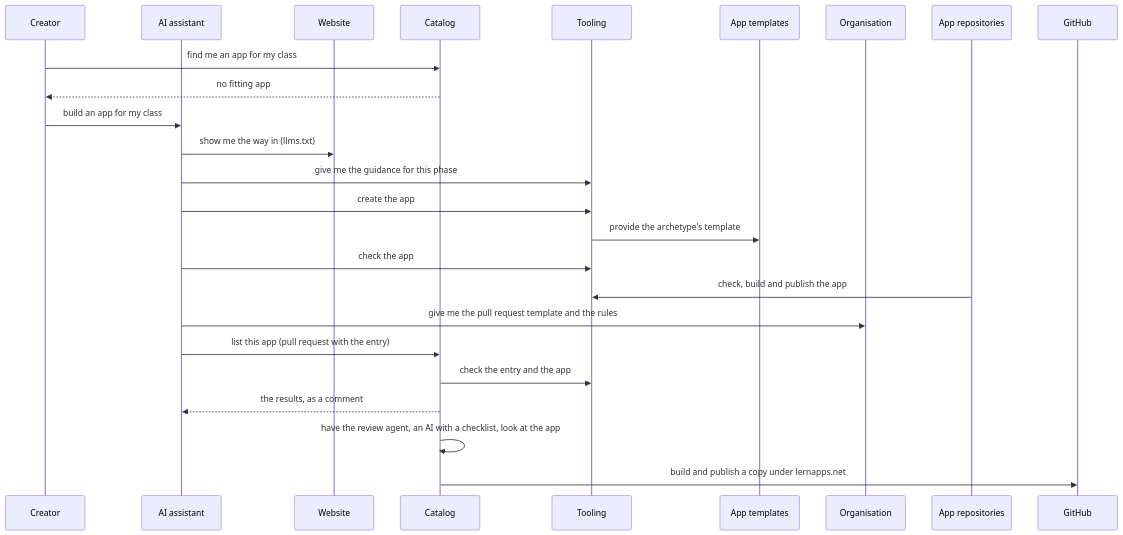
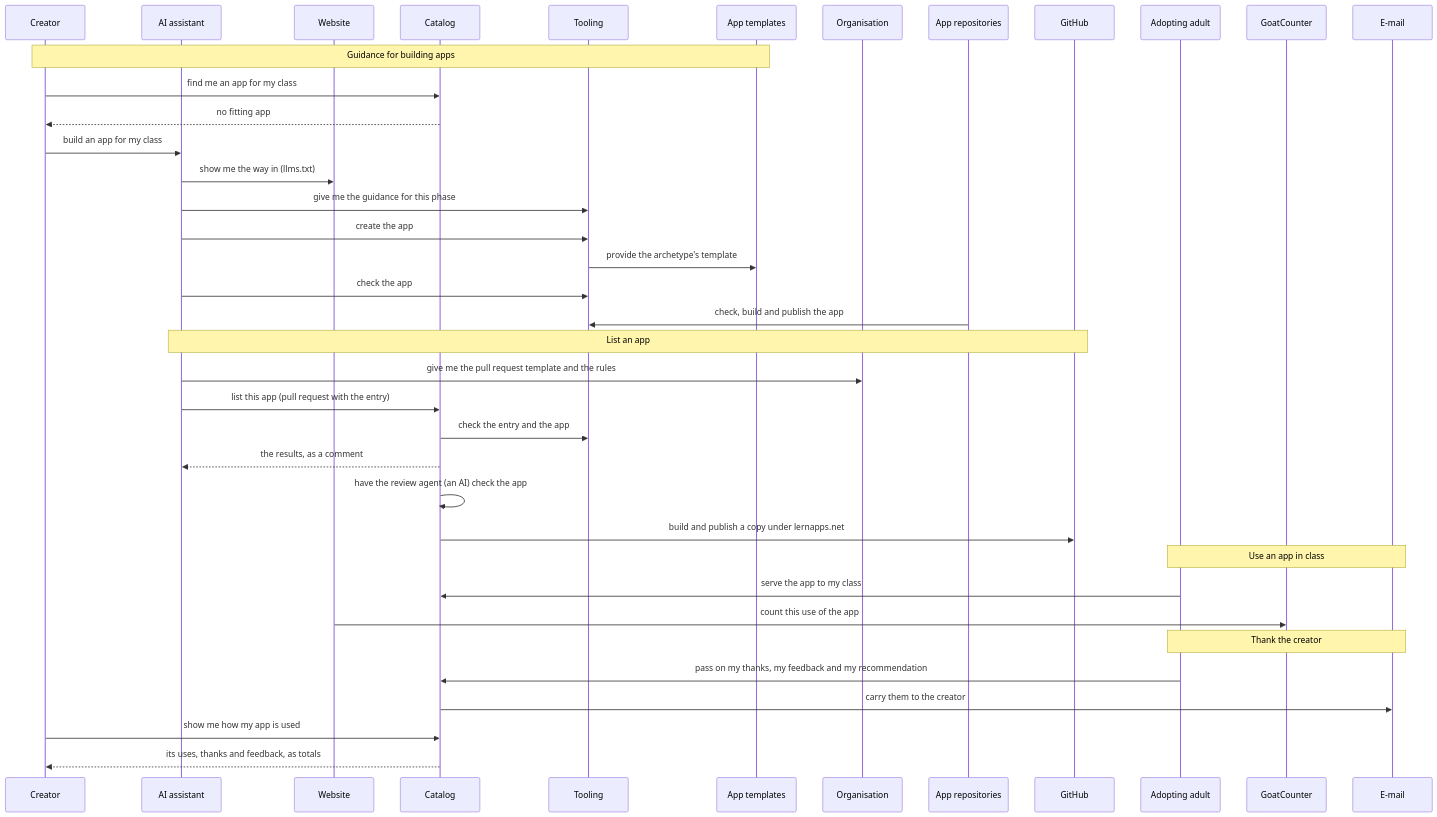
The third of 6 diagrams in docs/arc42/06-runtime-view.arc42.md (lernapps/docs), drawn with Mermaid before and after one commit. The commit also changed other lines of this file and 2 other files, not shown here.

First line of the commit message:
docs(arc42): each journey's diagram covers the whole journey

````diff
--- a/docs/arc42/06-runtime-view.arc42.md
+++ b/docs/arc42/06-runtime-view.arc42.md
@@ -115,27 +128,40 @@
 ```mermaid
 sequenceDiagram
     participant creator as Creator
     participant assistant as AI assistant
     participant website as Website
     participant catalog as Catalog
     participant tooling as Tooling
     participant templates as App templates
     participant org as Organisation
     participant appactions as App repositories
     participant github as GitHub
+    participant adult as Adopting adult
+    participant counter as GoatCounter
+    participant mail as E-mail
+    Note over creator,templates: Guidance for building apps
     creator->>catalog: find me an app for my class
     catalog-->>creator: no fitting app
     creator->>assistant: build an app for my class
     assistant->>website: show me the way in (llms.txt)
     assistant->>tooling: give me the guidance for this phase
     assistant->>tooling: create the app
     tooling->>templates: provide the archetype's template
     assistant->>tooling: check the app
     appactions->>tooling: check, build and publish the app
+    Note over assistant,github: List an app
     assistant->>org: give me the pull request template and the rules
     assistant->>catalog: list this app (pull request with the entry)
     catalog->>tooling: check the entry and the app
     catalog-->>assistant: the results, as a comment
-    catalog->>catalog: have the review agent, an AI with a checklist, look at the app
+    catalog->>catalog: have the review agent (an AI) check the app
     catalog->>github: build and publish a copy under lernapps.net
+    Note over adult,mail: Use an app in class
+    adult->>catalog: serve the app to my class
+    website->>counter: count this use of the app
+    Note over adult,mail: Thank the creator
+    adult->>catalog: pass on my thanks, my feedback and my recommendation
+    catalog->>mail: carry them to the creator
+    creator->>catalog: show me how my app is used
+    catalog-->>creator: its uses, thanks and feedback, as totals
 ```
````
